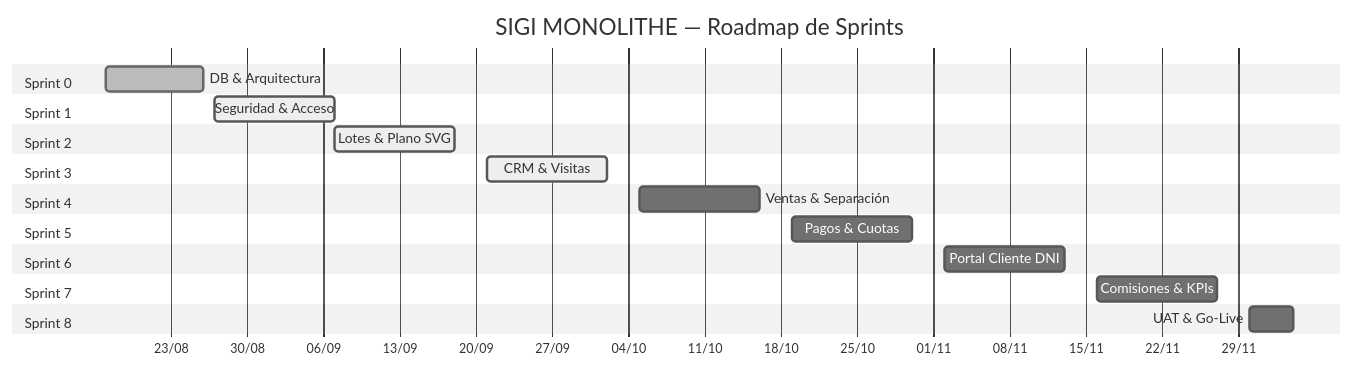
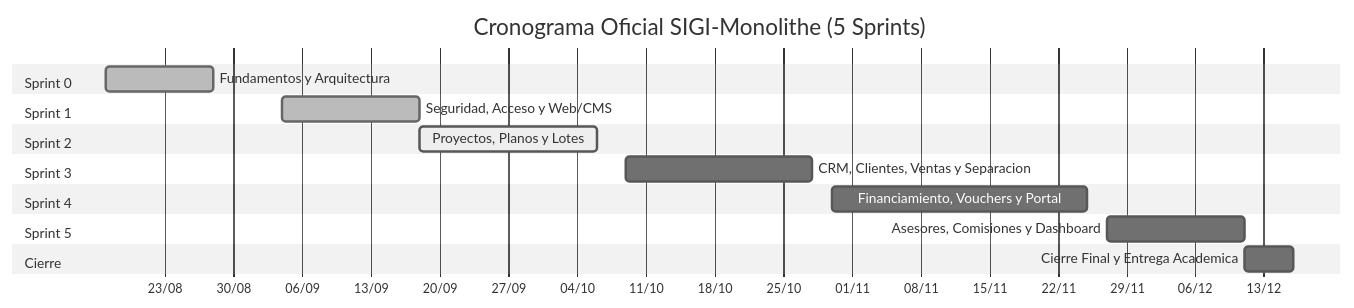
The diagram in docs/01_gestion_proyecto/GANTT_SIGI_MONOLITHE.md (astarothprueba10-ui/SGI-Monolithe), drawn with Mermaid (neutral theme) before and after one commit. The commit also changed other lines of this file and 10 other files, not shown here.

Commit message:
feat(deploy): sincronizar configuraciones de red, vite, mail y cronograma oficial

````diff
--- a/docs/01_gestion_proyecto/GANTT_SIGI_MONOLITHE.md
+++ b/docs/01_gestion_proyecto/GANTT_SIGI_MONOLITHE.md
@@ -10,33 +13,27 @@
 ```mermaid
 gantt
-    title SIGI MONOLITHE — Roadmap de Sprints
-    dateFormat  YYYY-MM-DD
-    axisFormat  %d/%m
+    title Cronograma Oficial SIGI-Monolithe (5 Sprints)
+    dateFormat DD/MM/YYYY
+    axisFormat %d/%m
 
     section Sprint 0
-    DB & Arquitectura           :done,    s0, 2026-08-17, 2026-08-26
+    Fundamentos y Arquitectura       :done, s0, 17/08/2026, 28/08/2026
 
     section Sprint 1
-    Seguridad & Acceso          :active,  s1, 2026-08-27, 2026-09-07
+    Seguridad, Acceso y Web/CMS      :done, s1, 04/09/2026, 18/09/2026
 
     section Sprint 2
-    Lotes & Plano SVG           :active,  s2, 2026-09-07, 2026-09-18
+    Proyectos, Planos y Lotes        :active, s2, 18/09/2026, 06/10/2026
 
     section Sprint 3
-    CRM & Visitas               :active,  s3, 2026-09-21, 2026-10-02
+    CRM, Clientes, Ventas y Separacion :s3, 09/10/2026, 28/10/2026
 
     section Sprint 4
-    Ventas & Separación         :         s4, 2026-10-05, 2026-10-16
+    Financiamiento, Vouchers y Portal:s4, 30/10/2026, 25/11/2026
 
     section Sprint 5
-    Pagos & Cuotas              :         s5, 2026-10-19, 2026-10-30
+    Asesores, Comisiones y Dashboard :s5, 27/11/2026, 11/12/2026
 
-    section Sprint 6
-    Portal Cliente DNI          :         s6, 2026-11-02, 2026-11-13
-
-    section Sprint 7
-    Comisiones & KPIs           :         s7, 2026-11-16, 2026-11-27
-
-    section Sprint 8
-    UAT & Go-Live               :         s8, 2026-11-30, 2026-12-04
+    section Cierre
+    Cierre Final y Entrega Academica :cierre, 11/12/2026, 16/12/2026
 ```
````
